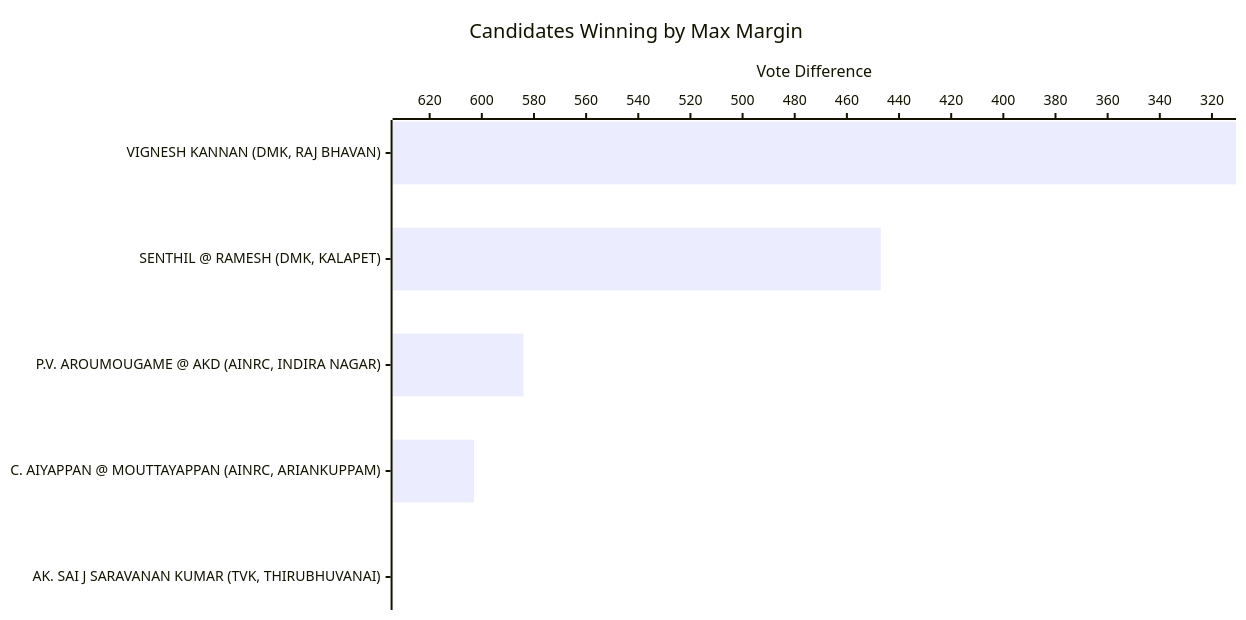
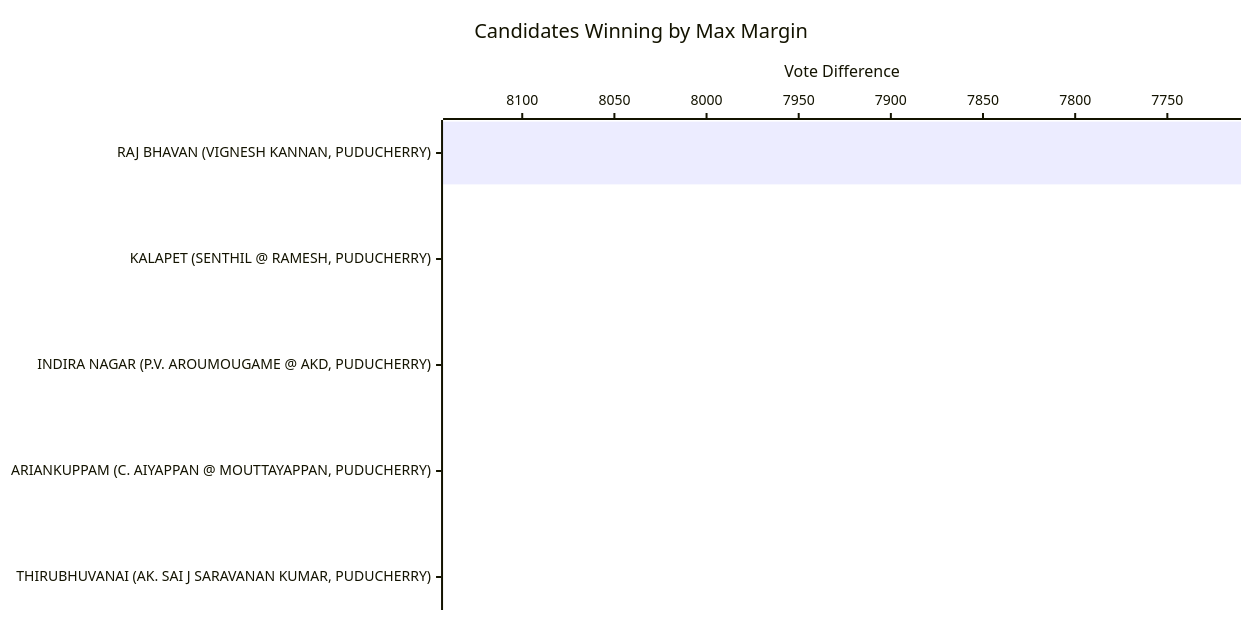
Before and after one commit to arjunswaj/elections: the fifth of 23 diagrams in result/PUDUCHERRY/Puducherry-GRAPH.md, drawn with Mermaid. The commit also changed other lines of this file and 64 other files, not shown here.

````diff
--- a/result/PUDUCHERRY/Puducherry-GRAPH.md
+++ b/result/PUDUCHERRY/Puducherry-GRAPH.md
@@ -137,17 +138,17 @@
 ```mermaid
 ---
 config:
   xyChart:
     width: 1200
     height: 600
     chartOrientation: horizontal
   dataLabels:
     enabled: true
     placement: end
 ---
 xychart-beta
 title "Candidates Winning by Max Margin"
-x-axis ["VIGNESH KANNAN (DMK, RAJ BHAVAN)", "SENTHIL @ RAMESH (DMK, KALAPET)", "P.V. AROUMOUGAME @ AKD (AINRC, INDIRA NAGAR)", "C. AIYAPPAN @ MOUTTAYAPPAN (AINRC, ARIANKUPPAM)", "AK. SAI J SARAVANAN KUMAR (TVK, THIRUBHUVANAI)"]
-y-axis "Vote Difference" 630 --> 315
-bar [287, 447, 584, 603, 701]
+x-axis ["RAJ BHAVAN (VIGNESH KANNAN, PUDUCHERRY)", "KALAPET (SENTHIL @ RAMESH, PUDUCHERRY)", "INDIRA NAGAR (P.V. AROUMOUGAME @ AKD, PUDUCHERRY)", "ARIANKUPPAM (C. AIYAPPAN @ MOUTTAYAPPAN, PUDUCHERRY)", "THIRUBHUVANAI (AK. SAI J SARAVANAN KUMAR, PUDUCHERRY)"]
+y-axis "Vote Difference" 8135 --> 7718
+bar [7017, 11622, 12056, 13607, 9039]
 ```
````
